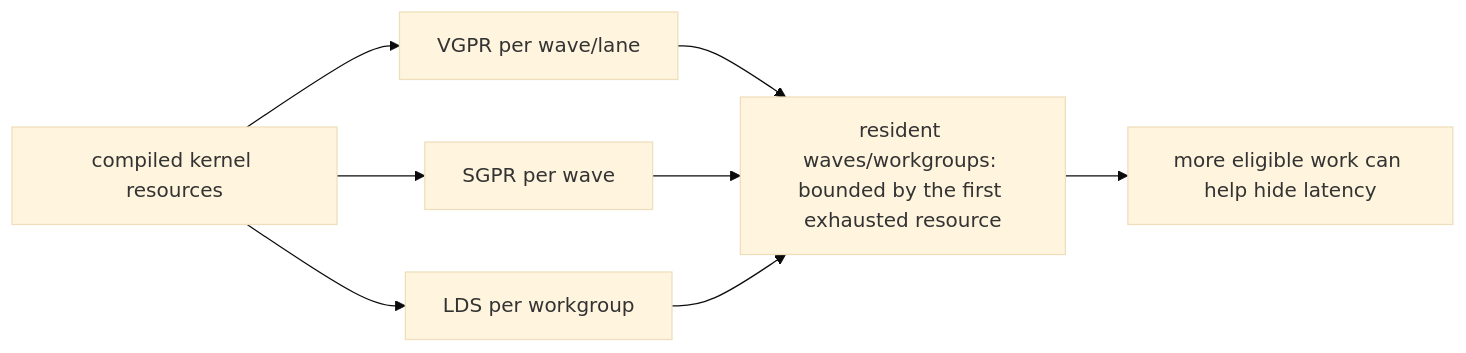
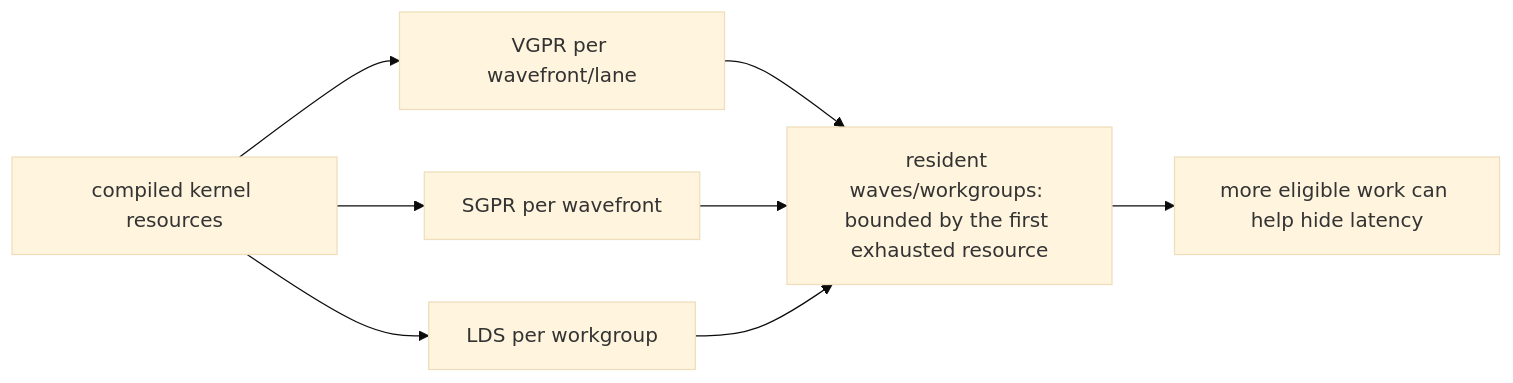
Before and after one commit to Weihong-Liu/hello-gpu: the first of 6 diagrams in docs/part0-intro/chapter3/index.md, drawn with Mermaid (base theme). The commit also changed other lines of this file and 14 other files, not shown here.

````diff
--- a/docs/part0-intro/chapter3/index.md
+++ b/docs/part0-intro/chapter3/index.md
@@ -39,10 +39,10 @@
 ```mermaid
 flowchart LR
-    K[compiled kernel resources] --> V[VGPR per wave/lane]
-    K --> S[SGPR per wave]
+    K[compiled kernel resources] --> V[VGPR per wavefront/lane]
+    K --> S[SGPR per wavefront]
     K --> L[LDS per workgroup]
     V --> R[resident waves/workgroups: bounded by the first exhausted resource]
     S --> R
     L --> R
     R --> H[more eligible work can help hide latency]
 ```
````
